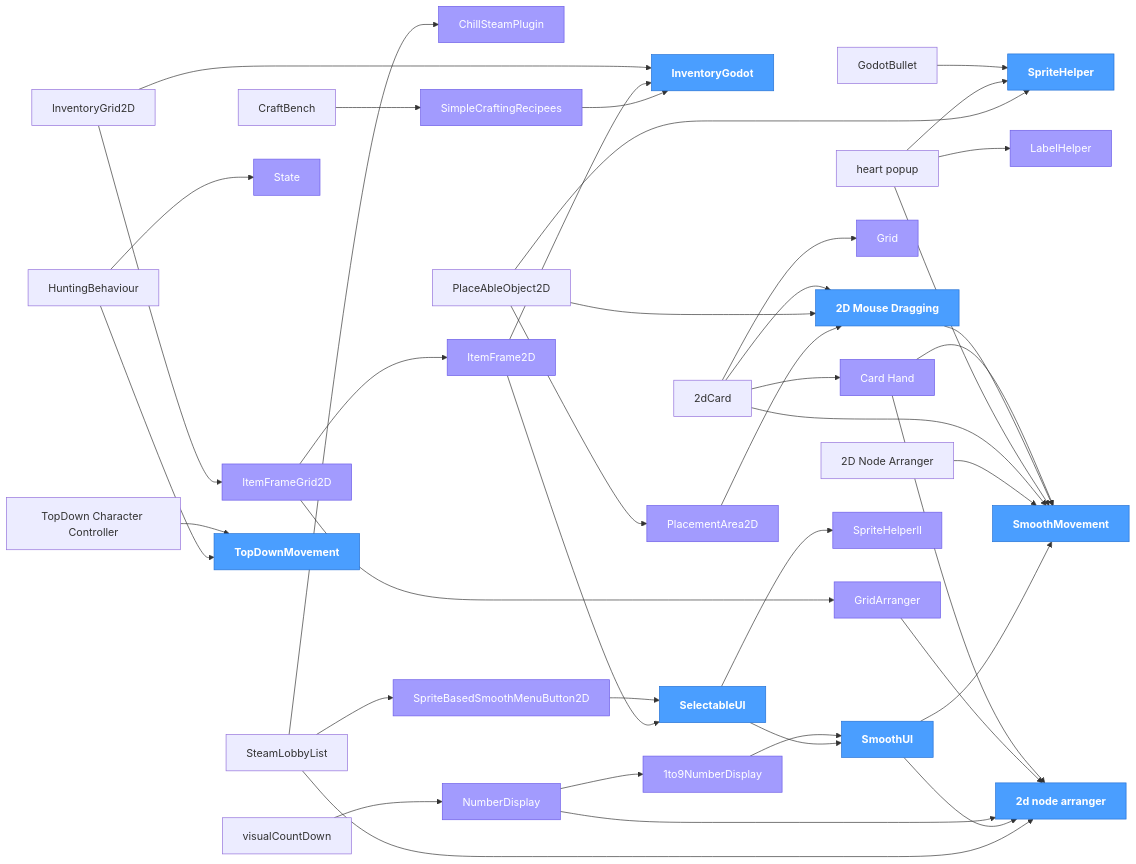
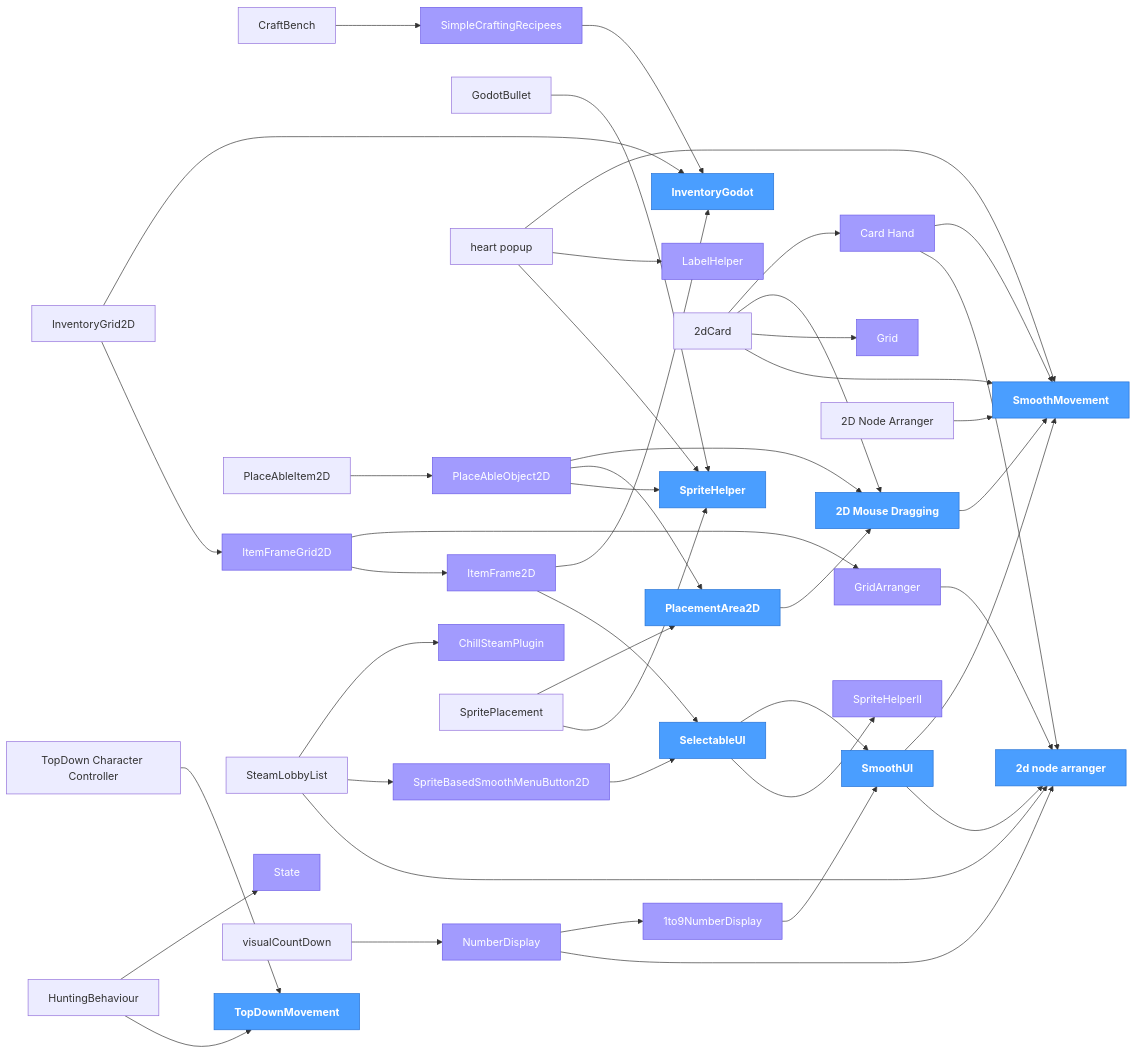
One commit to ChillCube/.github changed the diagram in ADDONS.md. Above: the diagram before and after it, drawn with Mermaid. The commit also changed other lines of this file, not shown here.

Commit message:
registry: update dependency tree

```diff
--- a/ADDONS.md
+++ b/ADDONS.md
@@ -159,6 +160,7 @@
     n_2d_node_arranger["2d node arranger"]
     n_2D_Node_Arranger["2D Node Arranger"]
     NumberDisplay["NumberDisplay"]
+    PlaceAbleItem2D["PlaceAbleItem2D"]
     PlaceAbleObject2D["PlaceAbleObject2D"]
     PlacementArea2D["PlacementArea2D"]
     SelectableUI["SelectableUI"]
@@ -166,6 +168,7 @@
     SmoothUI["SmoothUI"]
     SpriteHelper["SpriteHelper"]
     SpriteHelperll["SpriteHelperll"]
+    SpritePlacement["SpritePlacement"]
     State["State"]
     SteamLobbyList["SteamLobbyList"]
     TopDownMovement["TopDownMovement"]
@@ -198,6 +201,7 @@
     n_2D_Node_Arranger --> Godot_SmoothMovement
     NumberDisplay --> n_1to9NumberDisplay
     NumberDisplay --> n_2d_node_arranger
+    PlaceAbleItem2D --> PlaceAbleObject2D
     PlaceAbleObject2D --> Godot_2D_Mouse_Dragging
     PlaceAbleObject2D --> PlacementArea2D
     PlaceAbleObject2D --> SpriteHelper
@@ -207,6 +211,8 @@
     SimpleCraftingRecipees --> InventoryGodot
     SmoothUI --> Godot_SmoothMovement
     SmoothUI --> n_2d_node_arranger
+    SpritePlacement --> PlacementArea2D
+    SpritePlacement --> SpriteHelper
     SteamLobbyList --> ChillSteamPlugin
     SteamLobbyList --> Godot_SpriteBasedSmoothMenuButton2D
     SteamLobbyList --> n_2d_node_arranger
@@ -226,7 +232,8 @@
     class n_1to9NumberDisplay shared
     class n_2d_node_arranger core
     class NumberDisplay shared
-    class PlacementArea2D shared
+    class PlaceAbleObject2D shared
+    class PlacementArea2D core
     class SelectableUI core
     class SimpleCraftingRecipees shared
     class SmoothUI core
@@ -257,6 +264,7 @@
     click n_2d_node_arranger href "https://github.com/ChillCube/2d_node_arranger" _blank
     click n_2D_Node_Arranger href "https://github.com/ChillCube/2d_node_arranger" _blank
     click NumberDisplay href "https://github.com/ChillCube/NumberDisplay" _blank
+    click PlaceAbleItem2D href "https://github.com/ChillCube/PlaceAbleItem2D" _blank
     click PlaceAbleObject2D href "https://github.com/ChillCube/PlaceAbleObject2D" _blank
     click PlacementArea2D href "https://github.com/ChillCube/PlacementArea2D" _blank
     click SelectableUI href "https://github.com/ChillCube/SelectableUI" _blank
@@ -264,6 +272,7 @@
     click SmoothUI href "https://github.com/ChillCube/SmoothUI" _blank
     click SpriteHelper href "https://github.com/ChillCube/SpriteHelper" _blank
     click SpriteHelperll href "https://github.com/ChillCube/SpriteHelperll" _blank
+    click SpritePlacement href "https://github.com/ChillCube/SpritePlacement" _blank
     click State href "https://github.com/ChillCube/State" _blank
     click SteamLobbyList href "https://github.com/ChillCube/SteamLobbyList" _blank
     click TopDownMovement href "https://github.com/ChillCube/TopDownMovement" _blank
```
